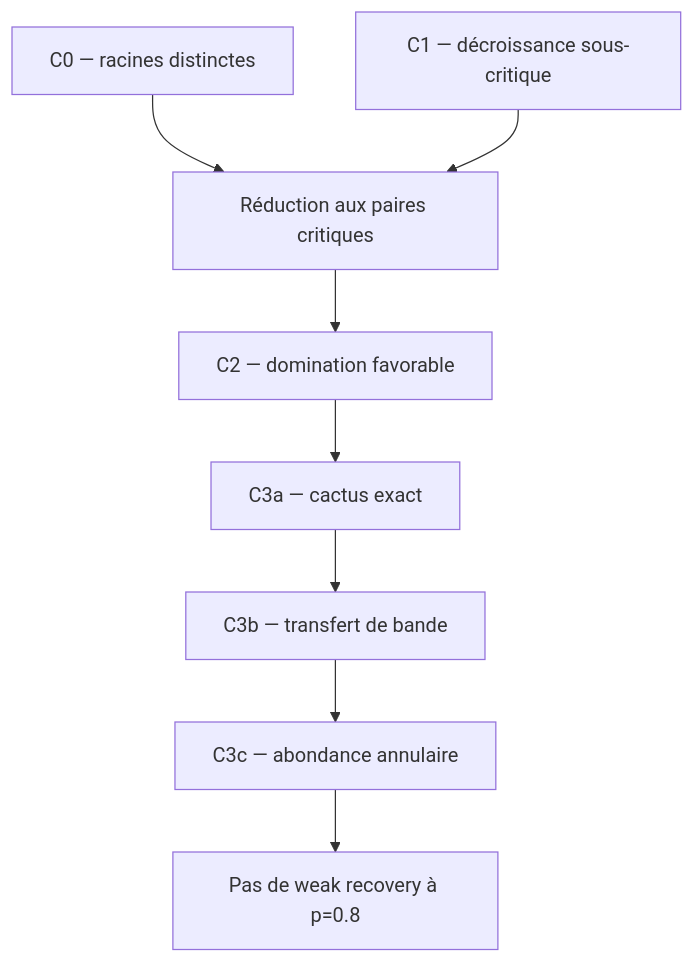
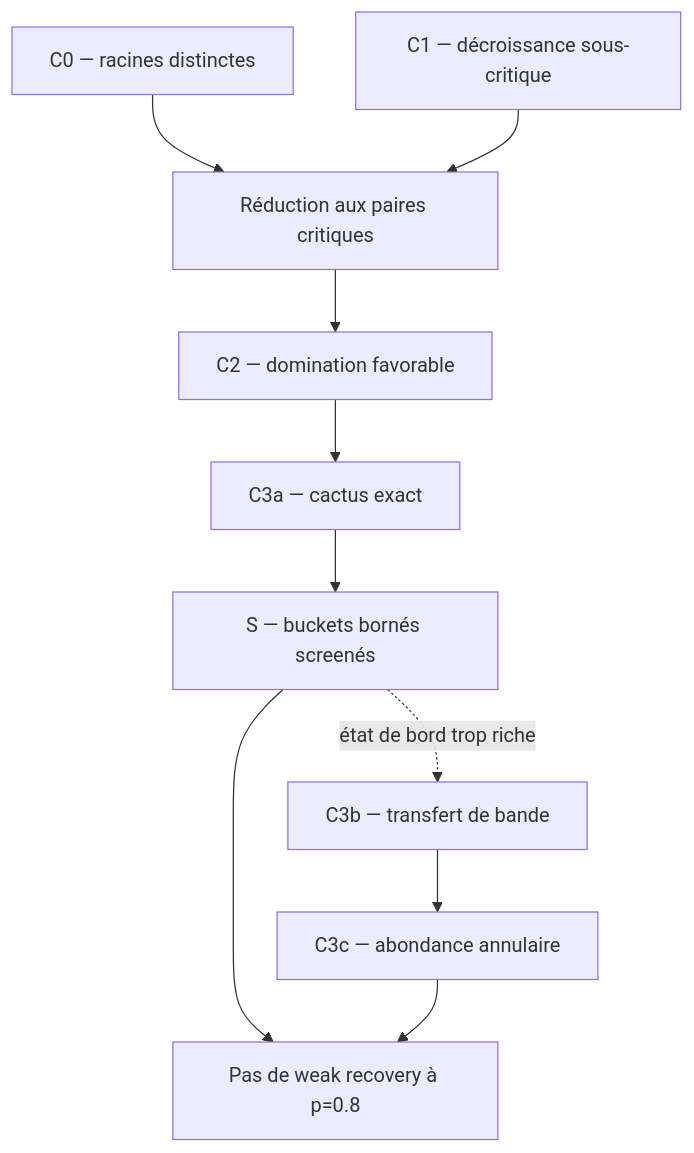
One commit to Ludwig-H/Presentation-MathNet-2026-06-15 changed the diagram in research/hierarchical-swendsen-wang/README.md. Above: the diagram before and after it, drawn with Mermaid. The commit also changed other lines of this file and 6 other files, not shown here.

````diff
--- a/research/hierarchical-swendsen-wang/README.md
+++ b/research/hierarchical-swendsen-wang/README.md
@@ -149,10 +189,12 @@
 ```mermaid
 flowchart TD
     C0["C0 — racines distinctes"] --> R["Réduction aux paires critiques"]
     C1["C1 — décroissance sous-critique"] --> R
     R --> C2["C2 — domination favorable"]
     C2 --> C3a["C3a — cactus exact"]
-    C3a --> C3b["C3b — transfert de bande"]
+    C3a --> S["S — buckets bornés screenés"]
+    S --> W["Pas de weak recovery à p=0.8"]
+    S -. "état de bord trop riche" .-> C3b["C3b — transfert de bande"]
     C3b --> C3c["C3c — abondance annulaire"]
     C3c --> W["Pas de weak recovery à p=0.8"]
 ```
````
